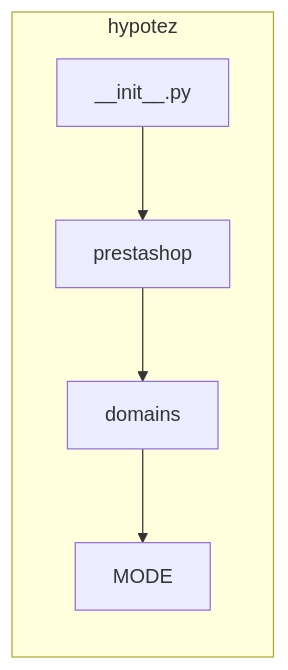
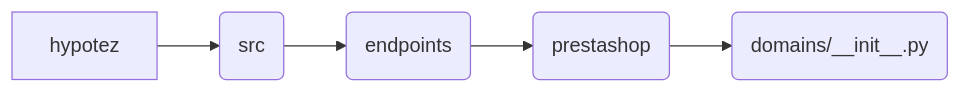
Before and after one commit to hypo69/hypo: the diagram in docs/gemini/ru/explainer/src/endpoints/prestashop/domains/__init__.md, drawn with Mermaid. The commit also changed other lines of this file and 468 other files, not shown here.

````diff
--- a/docs/gemini/ru/explainer/src/endpoints/prestashop/domains/__init__.md
+++ b/docs/gemini/ru/explainer/src/endpoints/prestashop/domains/__init__.md
@@ -63,8 +54,7 @@
 ```mermaid
 graph LR
-    subgraph "hypotez"
-        A[__init__.py] --> B[prestashop];
-        B --> C[domains];
-        C --> D[MODE];
-    end
+    A[hypotez] --> B(src);
+    B --> C(endpoints);
+    C --> D(prestashop);
+    D --> E(domains/__init__.py);
 ```
````
